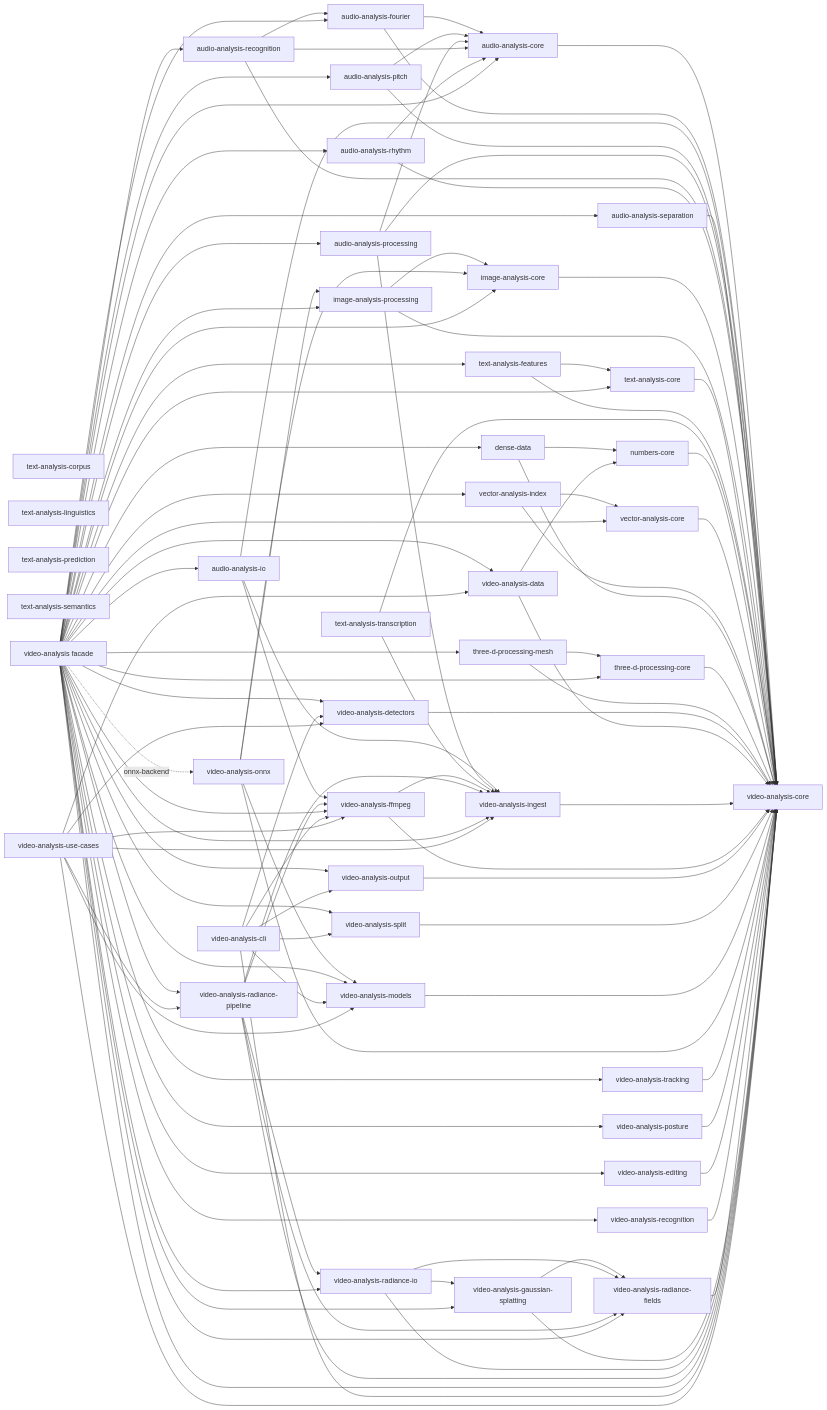
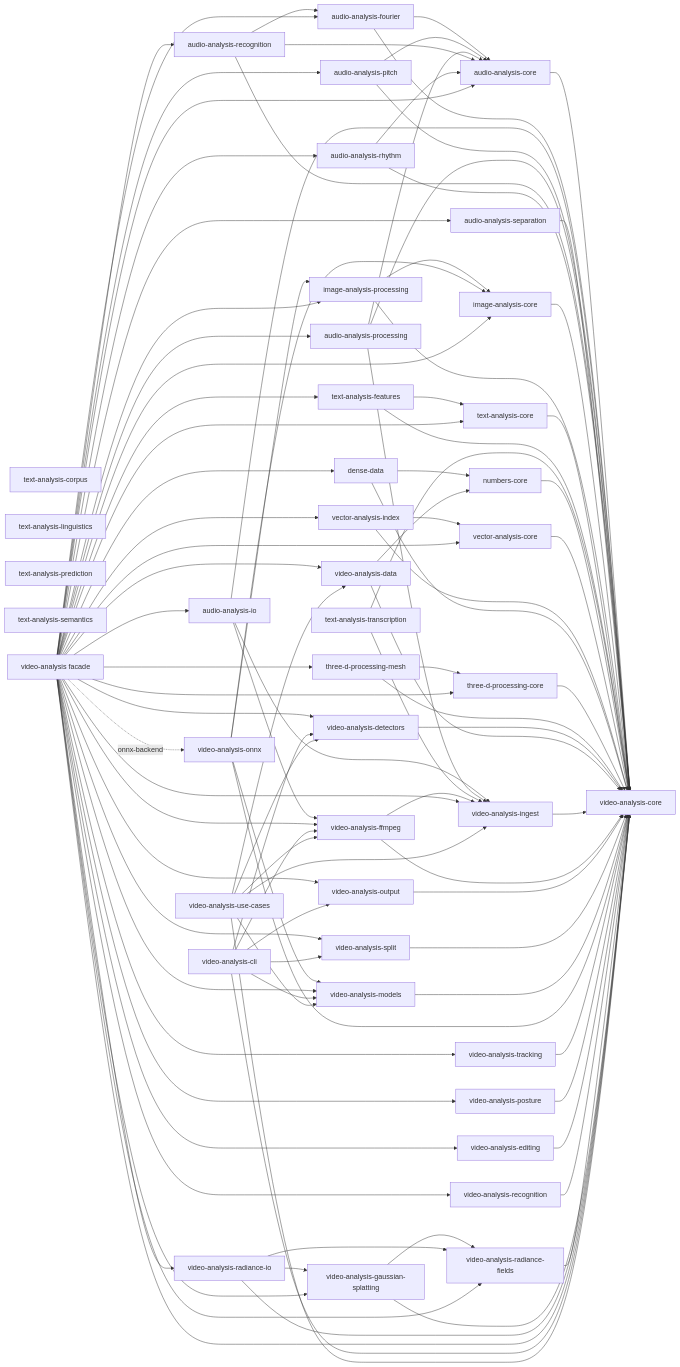
One commit to moritzbrantner/rust-packages changed the diagram in README.md. Above: the diagram before and after it, drawn with Mermaid. The commit also changed other lines of this file and 18 other files, not shown here.

First line of the commit message:
Remove radiance pipeline crate and refine model tests

````diff
--- a/README.md
+++ b/README.md
@@ -355,8 +354,6 @@
     radiance[video-analysis-radiance-fields]
     splatting[video-analysis-gaussian-splatting]
     radianceio[video-analysis-radiance-io]
-    radiancepipeline[video-analysis-radiance-pipeline]
-
     root[video-analysis facade]
     cli[video-analysis-cli]
     usecases[video-analysis-use-cases]
@@ -419,12 +416,6 @@
     radianceio --> core
     radianceio --> radiance
     radianceio --> splatting
-    radiancepipeline --> core
-    radiancepipeline --> ingest
-    radiancepipeline --> ffmpeg
-    radiancepipeline --> radiance
-    radiancepipeline --> radianceio
-
     root --> core
     root --> data
     root --> detectors
@@ -440,7 +431,6 @@
     root --> radiance
     root --> splatting
     root --> radianceio
-    root --> radiancepipeline
     root --> split
     root --> audiocore
     root --> fourier
@@ -473,5 +463,4 @@
     usecases --> ffmpeg
     usecases --> ingest
     usecases --> models
-    usecases --> radiancepipeline
 ```
````
